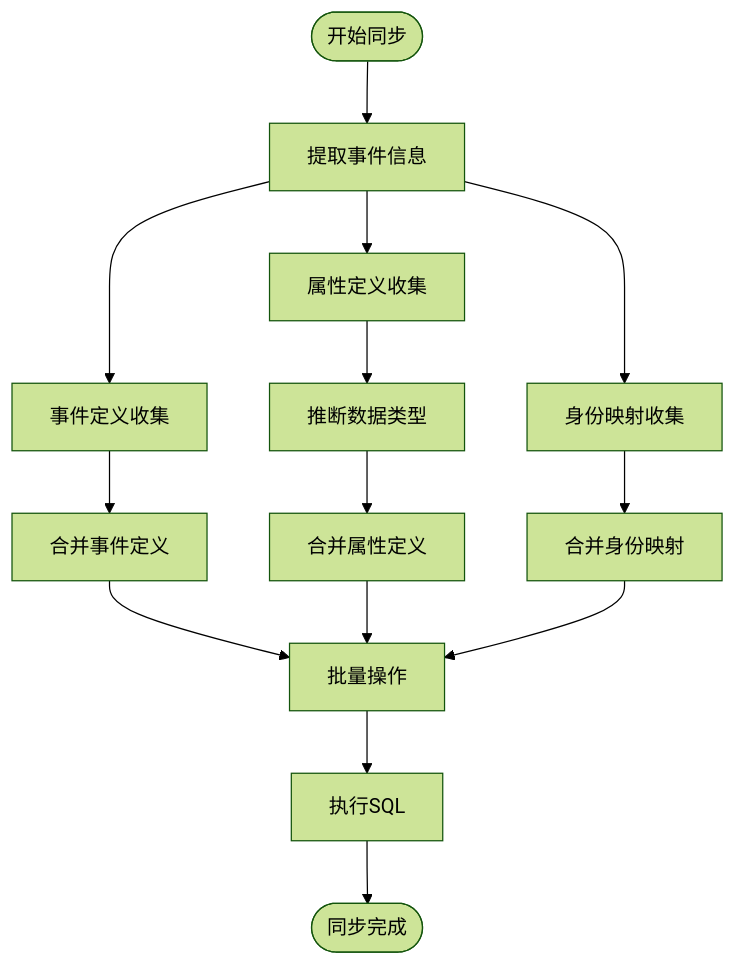
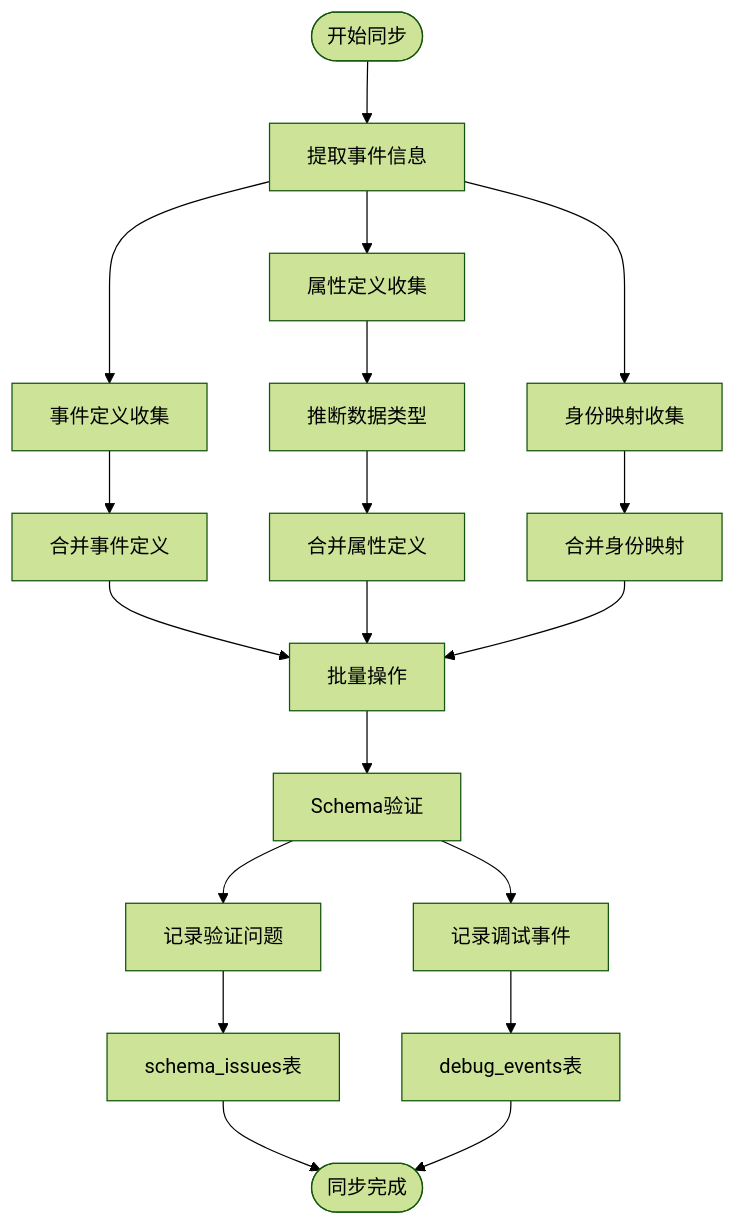
Before and after one commit to zhen-zhong/AeroLog: the fifth of 10 diagrams in .qoder/repowiki/zh/content/后端服务架构/Consumer服务.md, drawn with Mermaid (forest theme). The commit also changed other lines of this file and 130 other files, not shown here.

````diff
--- a/.qoder/repowiki/zh/content/后端服务架构/Consumer服务.md
+++ b/.qoder/repowiki/zh/content/后端服务架构/Consumer服务.md
@@ -253,16 +270,21 @@
 ```mermaid
 flowchart TD
 Start(["开始同步"]) --> Extract["提取事件信息"]
 Extract --> Events["事件定义收集"]
 Extract --> Props["属性定义收集"]
 Extract --> Identities["身份映射收集"]
 Events --> MergeEvents["合并事件定义"]
 Props --> InferTypes["推断数据类型"]
 Identities --> MergeIdentities["合并身份映射"]
 InferTypes --> MergeProps["合并属性定义"]
 MergeEvents --> Batch["批量操作"]
 MergeProps --> Batch
 MergeIdentities --> Batch
-Batch --> Execute["执行SQL"]
-Execute --> End(["同步完成"])
+Batch --> Validate["Schema验证"]
+Validate --> Issues["记录验证问题"]
+Validate --> Debug["记录调试事件"]
+Issues --> SchemaTable["schema_issues表"]
+Debug --> DebugTable["debug_events表"]
+SchemaTable --> End(["同步完成"])
+DebugTable --> End
 ```
````
